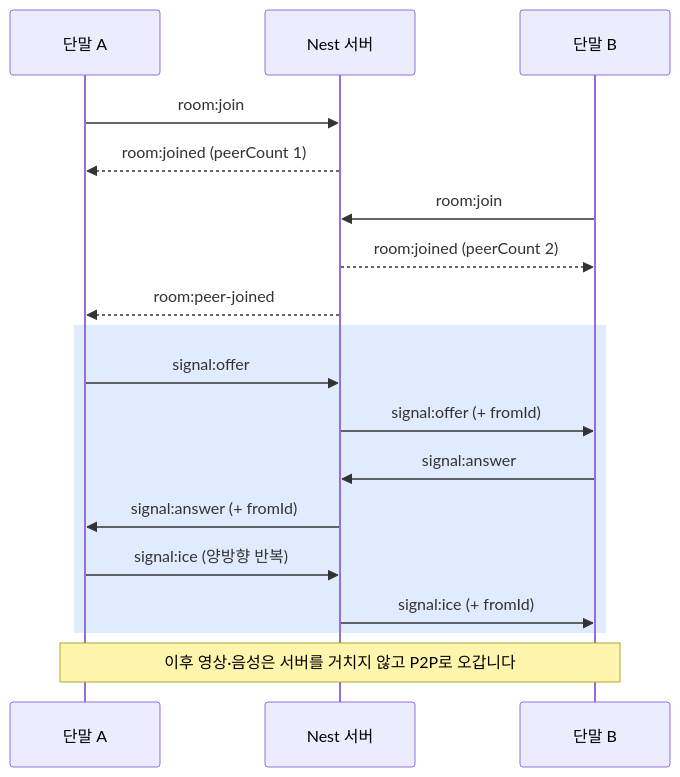
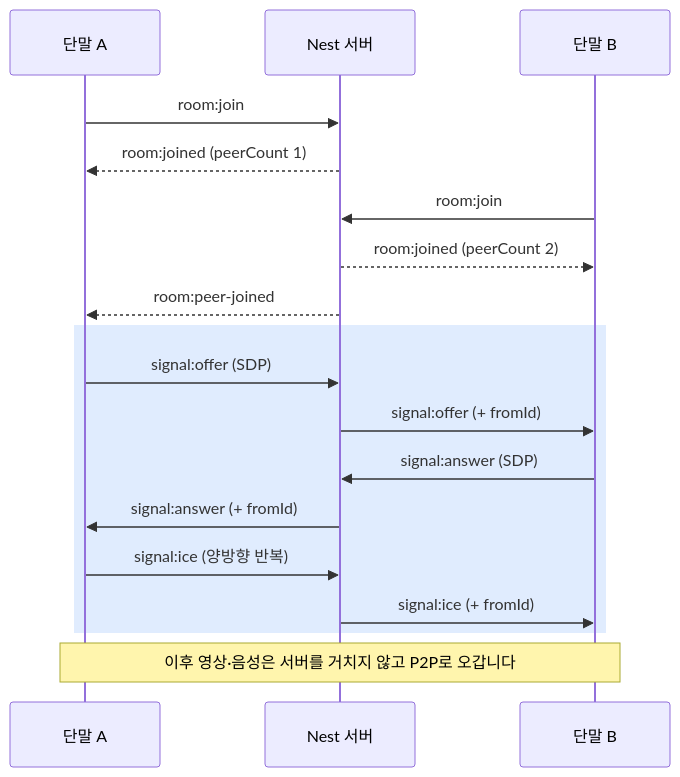
One commit to MinkeySon/video-chat changed the third of 4 diagrams in README.md. Above: the diagram before and after it, drawn with Mermaid. The commit also changed other lines of this file, not shown here.

````diff
--- a/README.md
+++ b/README.md
@@ -68,20 +133,20 @@
 ```mermaid
 sequenceDiagram
     participant A as 단말 A
     participant S as Nest 서버
     participant B as 단말 B
     A->>S: room:join
     S-->>A: room:joined (peerCount 1)
     B->>S: room:join
     S-->>B: room:joined (peerCount 2)
     S-->>A: room:peer-joined
     rect rgba(49,130,246,0.15)
-    A->>S: signal:offer
+    A->>S: signal:offer (SDP)
     S->>B: signal:offer (+ fromId)
-    B->>S: signal:answer
+    B->>S: signal:answer (SDP)
     S->>A: signal:answer (+ fromId)
     A->>S: signal:ice (양방향 반복)
     S->>B: signal:ice (+ fromId)
     end
     Note over A,B: 이후 영상·음성은 서버를 거치지 않고 P2P로 오갑니다
 ```
````
